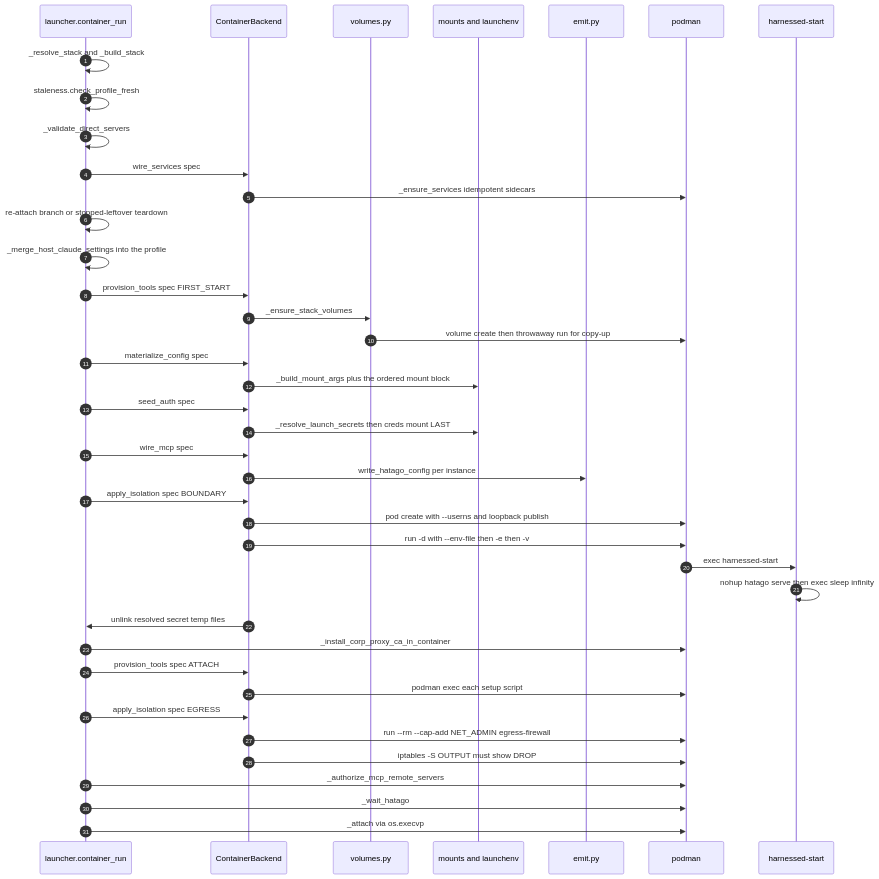
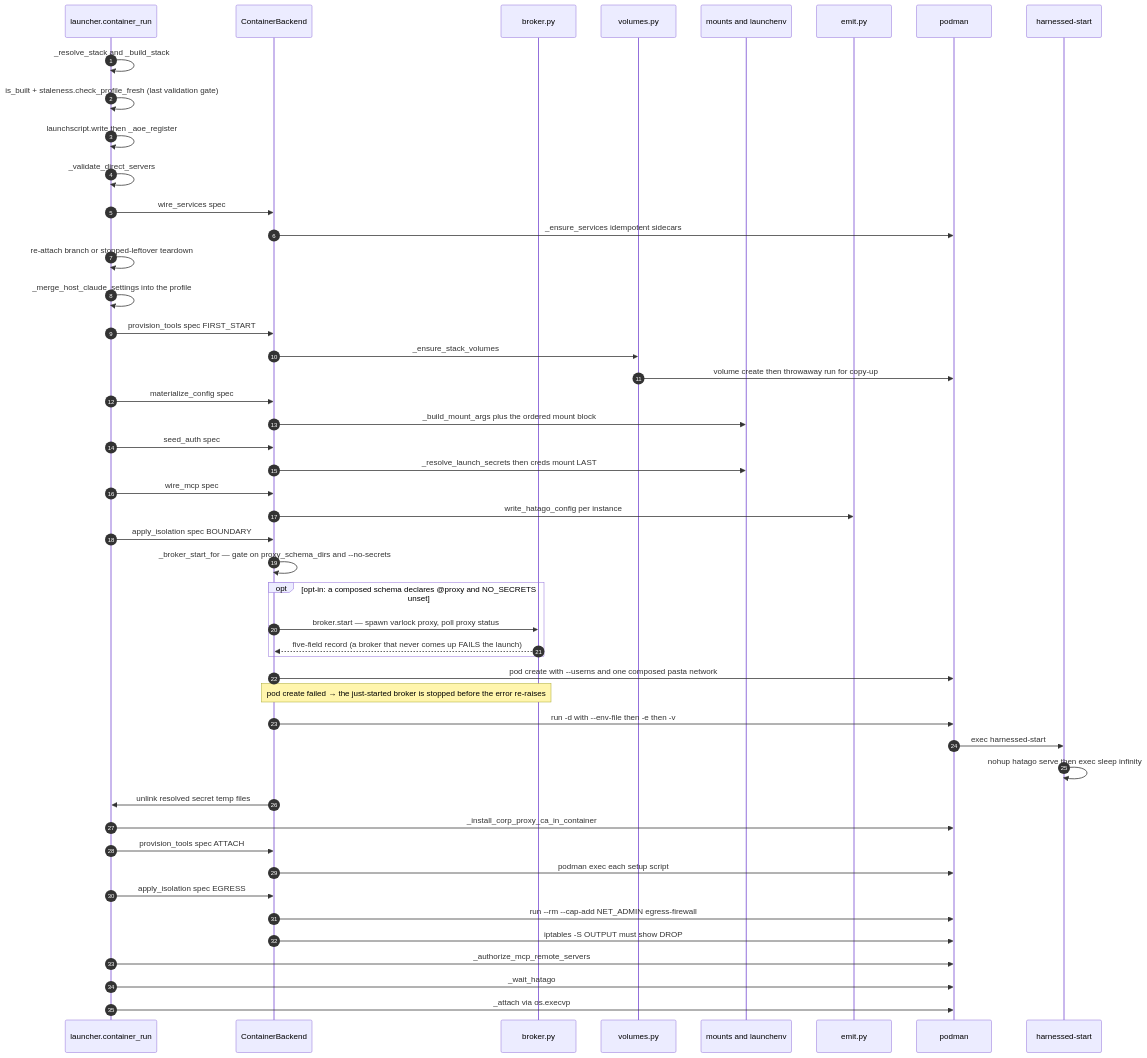
The diagram in openwiki/workflows/container-run.md (drmikecrowe/harnessed), drawn with Mermaid before and after one commit. The commit also changed other lines of this file and 44 other files, not shown here.

````diff
--- a/openwiki/workflows/container-run.md
+++ b/openwiki/workflows/container-run.md
@@ -63,43 +81,51 @@
 ```mermaid
 sequenceDiagram
     autonumber
     participant RUN as launcher.container_run
     participant BE as ContainerBackend
+    participant BRK as broker.py
     participant VOL as volumes.py
     participant MNT as mounts and launchenv
     participant EMIT as emit.py
     participant RT as podman
     participant EP as harnessed-start
 
     RUN->>RUN: _resolve_stack and _build_stack
-    RUN->>RUN: staleness.check_profile_fresh
+    RUN->>RUN: is_built + staleness.check_profile_fresh (last validation gate)
+    RUN->>RUN: launchscript.write then _aoe_register
     RUN->>RUN: _validate_direct_servers
     RUN->>BE: wire_services spec
     BE->>RT: _ensure_services idempotent sidecars
     RUN->>RUN: re-attach branch or stopped-leftover teardown
     RUN->>RUN: _merge_host_claude_settings into the profile
     RUN->>BE: provision_tools spec FIRST_START
     BE->>VOL: _ensure_stack_volumes
     VOL->>RT: volume create then throwaway run for copy-up
     RUN->>BE: materialize_config spec
     BE->>MNT: _build_mount_args plus the ordered mount block
     RUN->>BE: seed_auth spec
     BE->>MNT: _resolve_launch_secrets then creds mount LAST
     RUN->>BE: wire_mcp spec
     BE->>EMIT: write_hatago_config per instance
     RUN->>BE: apply_isolation spec BOUNDARY
-    BE->>RT: pod create with --userns and loopback publish
+    BE->>BE: _broker_start_for — gate on proxy_schema_dirs and --no-secrets
+    opt opt-in: a composed schema declares @proxy and NO_SECRETS unset
+        BE->>BRK: broker.start — spawn varlock proxy, poll proxy status
+        BRK-->>BE: five-field record (a broker that never comes up FAILS the launch)
+    end
+    BE->>RT: pod create with --userns and one composed pasta network
+    Note over BE,BRK: pod create failed → the just-started broker is stopped before the error re-raises
     BE->>RT: run -d with --env-file then -e then -v
     RT->>EP: exec harnessed-start
     EP->>EP: nohup hatago serve then exec sleep infinity
     BE->>RUN: unlink resolved secret temp files
     RUN->>RT: _install_corp_proxy_ca_in_container
     RUN->>BE: provision_tools spec ATTACH
     BE->>RT: podman exec each setup script
     RUN->>BE: apply_isolation spec EGRESS
     BE->>RT: run --rm --cap-add NET_ADMIN egress-firewall
     BE->>RT: iptables -S OUTPUT must show DROP
     RUN->>RT: _authorize_mcp_remote_servers
     RUN->>RT: _wait_hatago
     RUN->>RT: _attach via os.execvp
 ```
````
